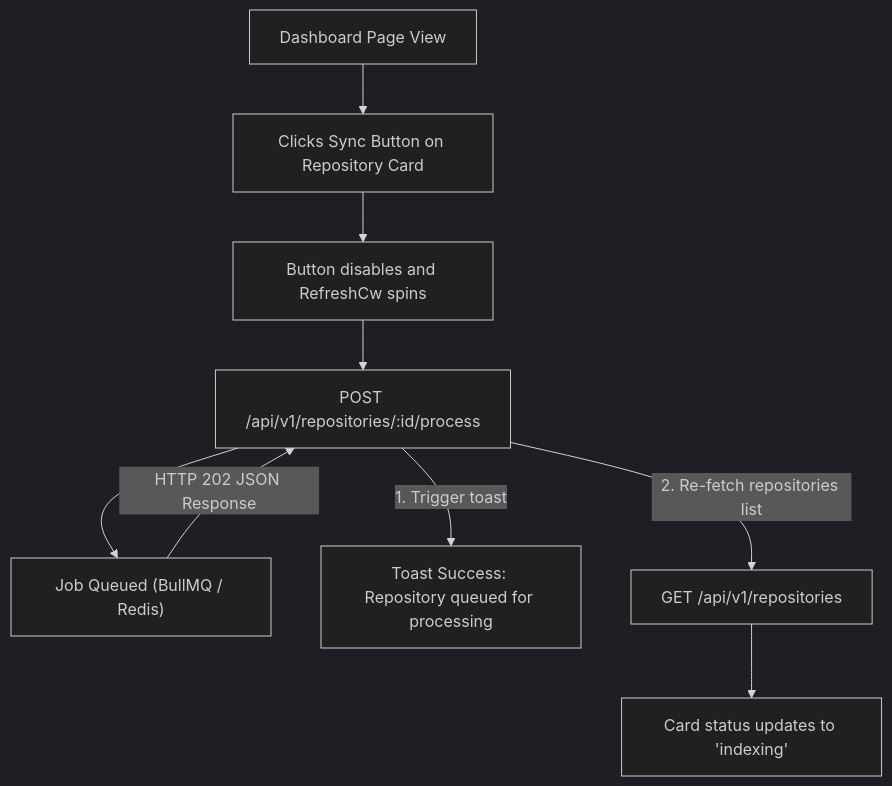
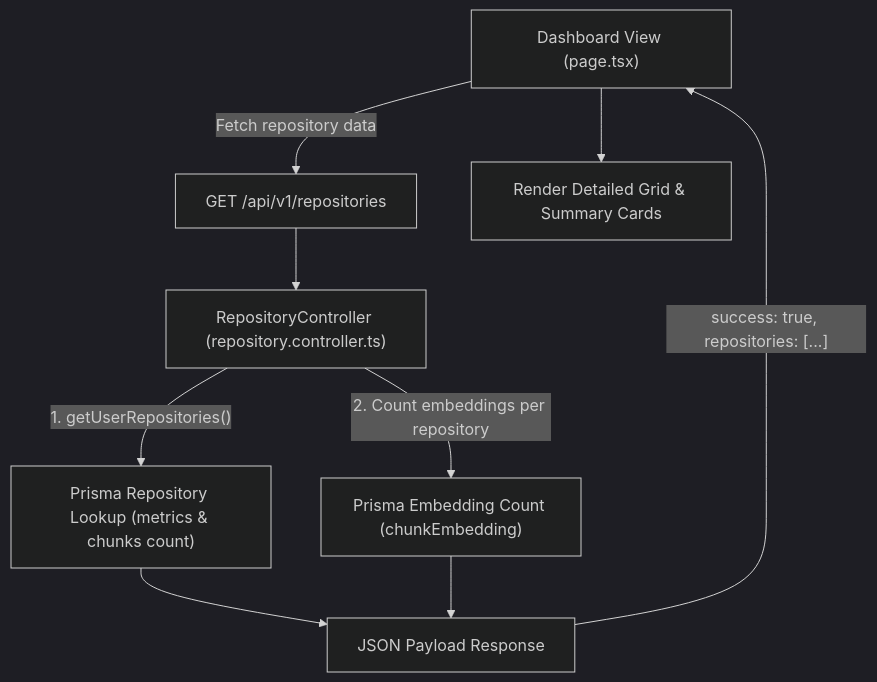
Before and after one commit to Gauravgits1308/CodeAtlas: the diagram in apps/web/walkthrough.md, drawn with Mermaid (dark theme). The commit also changed other lines of this file and 5 other files, not shown here.

Commit message:
feat: complete dashboard backend data integration

````diff
--- a/apps/web/walkthrough.md
+++ b/apps/web/walkthrough.md
@@ -16,20 +25,18 @@
 ```mermaid
 graph TD
-    User["Dashboard Page View"]
-    SyncBtn["Clicks Sync Button on Repository Card"]
-    Spinner["Button disables and RefreshCw spins"]
-    PostRequest["POST /api/v1/repositories/:id/process"]
-    BackendQueue["Job Queued (BullMQ / Redis)"]
-    SuccessToast["Toast Success: Repository queued for processing"]
-    RefreshCall["GET /api/v1/repositories"]
-    StatusUpdate["Card status updates to 'indexing'"]
+    Client["Dashboard View (page.tsx)"]
+    GetRepos["GET /api/v1/repositories"]
+    Controller["RepositoryController (repository.controller.ts)"]
+    DBUserRepos["Prisma Repository Lookup (metrics & chunks count)"]
+    DBEmbedCount["Prisma Embedding Count (chunkEmbedding)"]
+    JSONResponse["JSON Payload Response"]
+    RenderCards["Render Detailed Grid & Summary Cards"]
 
-    User --> SyncBtn
-    SyncBtn --> Spinner
-    Spinner --> PostRequest
-    PostRequest --> BackendQueue
-    BackendQueue -- "HTTP 202 JSON Response" --> PostRequest
-    PostRequest -- "1. Trigger toast" --> SuccessToast
-    PostRequest -- "2. Re-fetch repositories list" --> RefreshCall
-    RefreshCall --> StatusUpdate
+    Client -- "Fetch repository data" --> GetRepos
+    GetRepos --> Controller
+    Controller -- "1. getUserRepositories()" --> DBUserRepos
+    Controller -- "2. Count embeddings per repository" --> DBEmbedCount
+    DBUserRepos & DBEmbedCount --> JSONResponse
+    JSONResponse -- "success: true, repositories: [...]" --> Client
+    Client --> RenderCards
 ```
````
